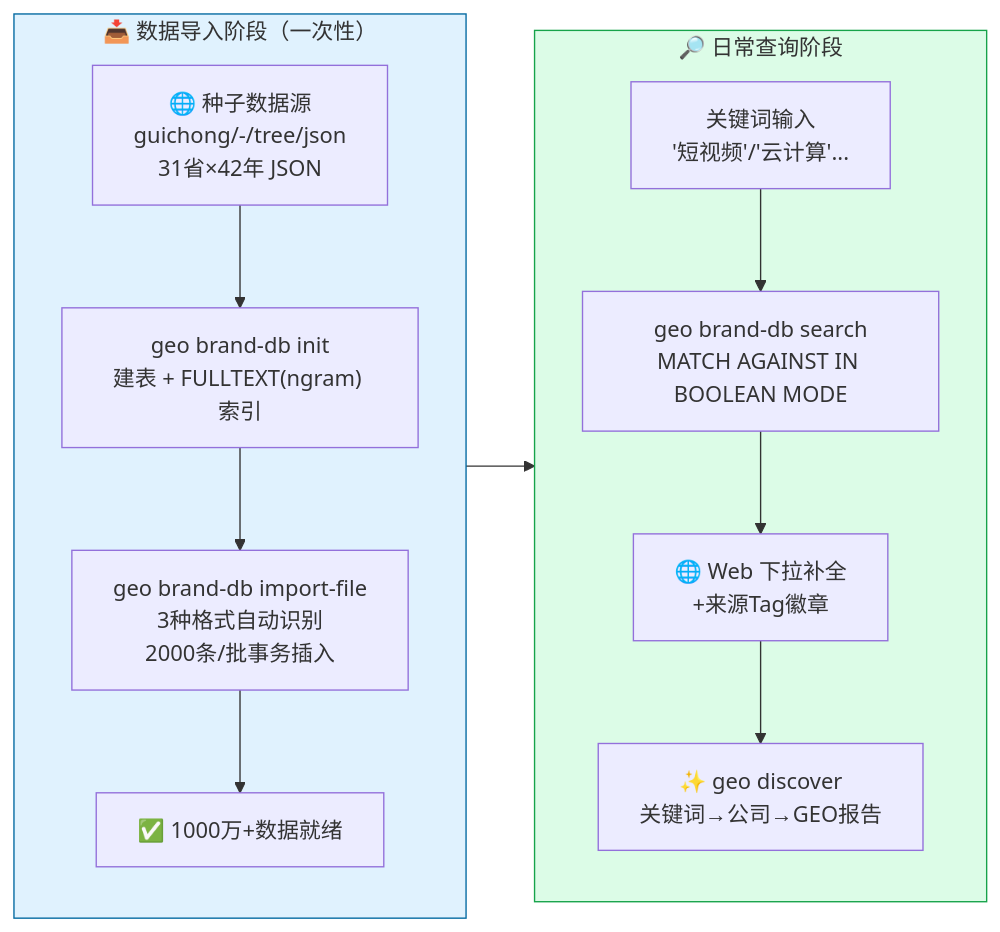
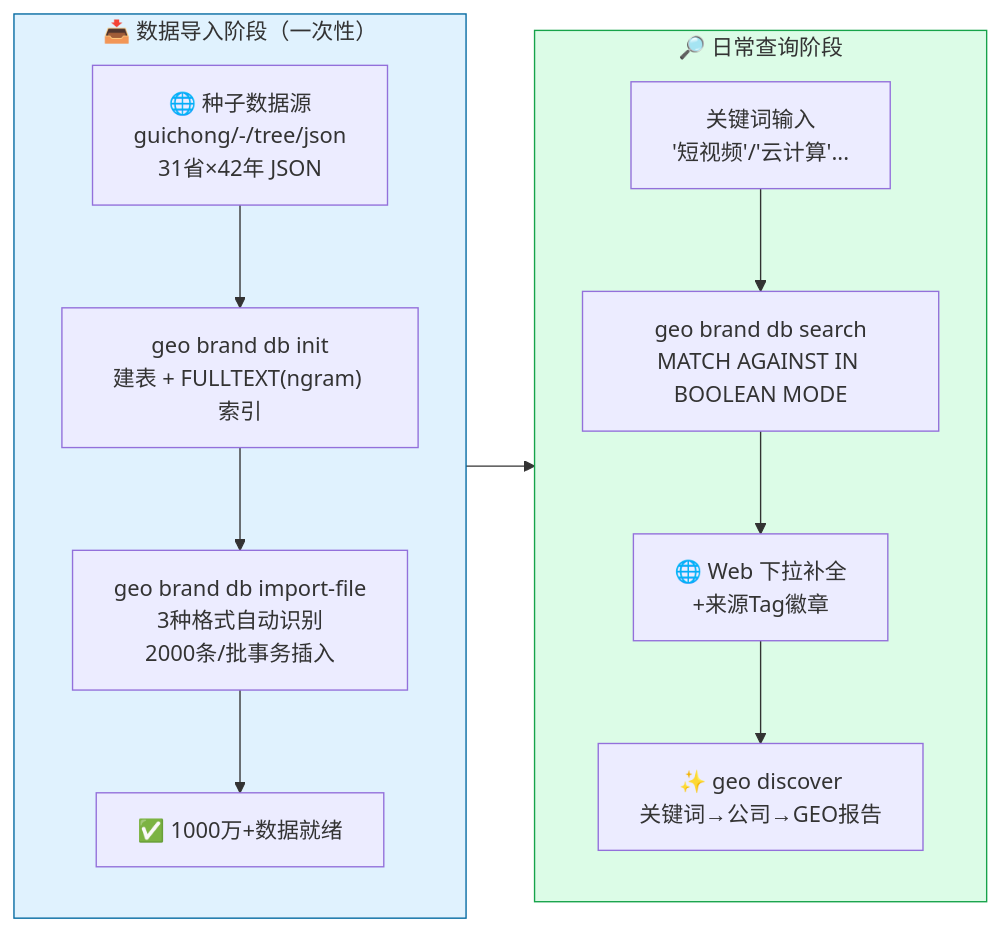
Diagram 22 of 29 in docs/getting-started.md (deep2code/geo), drawn with Mermaid before and after one commit. The commit also changed other lines of this file and 26 other files, not shown here.

````diff
--- a/docs/getting-started.md
+++ b/docs/getting-started.md
@@ -729,22 +729,22 @@
 ```mermaid
 flowchart LR
     subgraph INGEST["📥 数据导入阶段（一次性）"]
         direction TB
         SRC["🌐 种子数据源<br/>guichong/-/tree/json<br/>31省×42年 JSON"]
-        SRC --> INIT["geo brand-db init<br/>建表 + FULLTEXT(ngram) 索引"]
-        INIT --> IMP["geo brand-db import-file<br/>3种格式自动识别<br/>2000条/批事务插入"]
+        SRC --> INIT["geo brand db init<br/>建表 + FULLTEXT(ngram) 索引"]
+        INIT --> IMP["geo brand db import-file<br/>3种格式自动识别<br/>2000条/批事务插入"]
         IMP --> READY["✅ 1000万+数据就绪"]
     end
 
     subgraph USAGE["🔎 日常查询阶段"]
         direction TB
-        QRY["关键词输入<br/>'短视频'/'云计算'..."] --> SEARCH["geo brand-db search<br/>MATCH AGAINST IN BOOLEAN MODE"]
+        QRY["关键词输入<br/>'短视频'/'云计算'..."] --> SEARCH["geo brand db search<br/>MATCH AGAINST IN BOOLEAN MODE"]
         SEARCH --> AUTO["🌐 Web 下拉补全<br/>+来源Tag徽章"]
         AUTO --> DISCOVER["✨ geo discover<br/>关键词→公司→GEO报告"]
     end
 
     INGEST --> USAGE
 
     style INGEST fill:#e0f2fe,stroke:#0369a1
     style USAGE fill:#dcfce7,stroke:#16a34a
 ```
````
